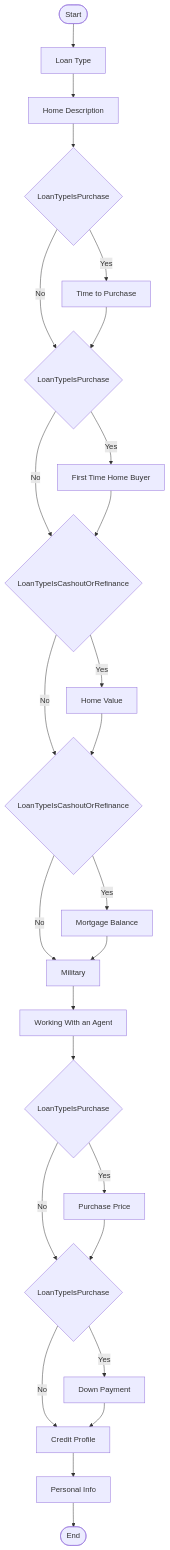
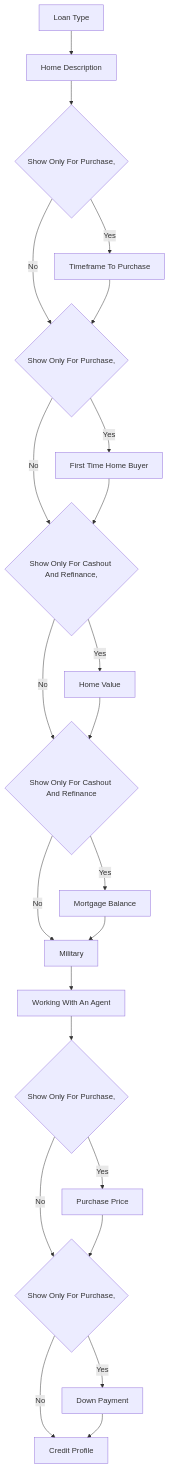
One commit to NJ-Brad/Flowchart-DSL changed the diagram in src/Whammie.md. Above: the diagram before and after it, drawn with Mermaid. The commit also changed 6 other files, not shown here.

Commit message:
Generate flowchart from code

````diff
--- a/src/Whammie.md
+++ b/src/Whammie.md
@@ -1,49 +1,43 @@
 ```mermaid
 flowchart TB
-    Start(["Start"])
     LoanType["Loan Type"]
     HomeDescription["Home Description"]
-    d1{"LoanTypeIsPurchase"}
-    TimeframeToPurchase["Time to Purchase"]
-    d2{"LoanTypeIsPurchase"}
+    TimeframeToPurchase_cnd{"Show Only For Purchase,"}
+    TimeframeToPurchase["Timeframe To Purchase"]
+    FirstTimeHomeBuyer_cnd{"Show Only For Purchase,"}
     FirstTimeHomeBuyer["First Time Home Buyer"]
-    d3{"LoanTypeIsCashoutOrRefinance"}
+    HomeValue_cnd{"Show Only For Cashout And Refinance,"}
     HomeValue["Home Value"]
-    d4{"LoanTypeIsCashoutOrRefinance"}
+    MortgageBalance_cnd{"Show Only For Cashout And Refinance"}
     MortgageBalance["Mortgage Balance"]
     Military["Military"]
-    WorkingWithAnAgent["Working With an Agent"]
-    d5{"LoanTypeIsPurchase"}
+    WorkingWithAnAgent["Working With An Agent"]
+    PurchasePrice_cnd{"Show Only For Purchase,"}
     PurchasePrice["Purchase Price"]
-    d6{"LoanTypeIsPurchase"}
+    DownPayment_cnd{"Show Only For Purchase,"}
     DownPayment["Down Payment"]
     CreditProfile["Credit Profile"]
-    PersonalInfo["Personal Info"]
-    End(["End"])
-    d1--"Yes"-->TimeframeToPurchase
-    d1--"No"-->d2
-    d2--"Yes"-->FirstTimeHomeBuyer
-    d2--"No"-->d3
-    d3--"Yes"-->HomeValue
-    d3--"No"-->d4
-    d4--"Yes"-->MortgageBalance
-    d4--"No"-->Military
-    d5--"Yes"-->PurchasePrice
-    d5--"No"-->d6
-    d6--"Yes"-->DownPayment
-    d6--"No"-->CreditProfile
-    Start--" "-->LoanType
+    TimeframeToPurchase_cnd--"Yes"-->TimeframeToPurchase
+    TimeframeToPurchase_cnd--"No"-->FirstTimeHomeBuyer_cnd
+    FirstTimeHomeBuyer_cnd--"Yes"-->FirstTimeHomeBuyer
+    FirstTimeHomeBuyer_cnd--"No"-->HomeValue_cnd
+    HomeValue_cnd--"Yes"-->HomeValue
+    HomeValue_cnd--"No"-->MortgageBalance_cnd
+    MortgageBalance_cnd--"Yes"-->MortgageBalance
+    MortgageBalance_cnd--"No"-->Military
+    PurchasePrice_cnd--"Yes"-->PurchasePrice
+    PurchasePrice_cnd--"No"-->DownPayment_cnd
+    DownPayment_cnd--"Yes"-->DownPayment
+    DownPayment_cnd--"No"-->CreditProfile
     LoanType--" "-->HomeDescription
-    HomeDescription--" "-->d1
-    TimeframeToPurchase--" "-->d2
-    FirstTimeHomeBuyer--" "-->d3
-    HomeValue--" "-->d4
+    HomeDescription--" "-->TimeframeToPurchase_cnd
+    TimeframeToPurchase--" "-->FirstTimeHomeBuyer_cnd
+    FirstTimeHomeBuyer--" "-->HomeValue_cnd
+    HomeValue--" "-->MortgageBalance_cnd
     MortgageBalance--" "-->Military
     Military--" "-->WorkingWithAnAgent
-    WorkingWithAnAgent--" "-->d5
-    PurchasePrice--" "-->d6
+    WorkingWithAnAgent--" "-->PurchasePrice_cnd
+    PurchasePrice--" "-->DownPayment_cnd
     DownPayment--" "-->CreditProfile
-    CreditProfile--" "-->PersonalInfo
-    PersonalInfo--" "-->End
 
 ```
````
